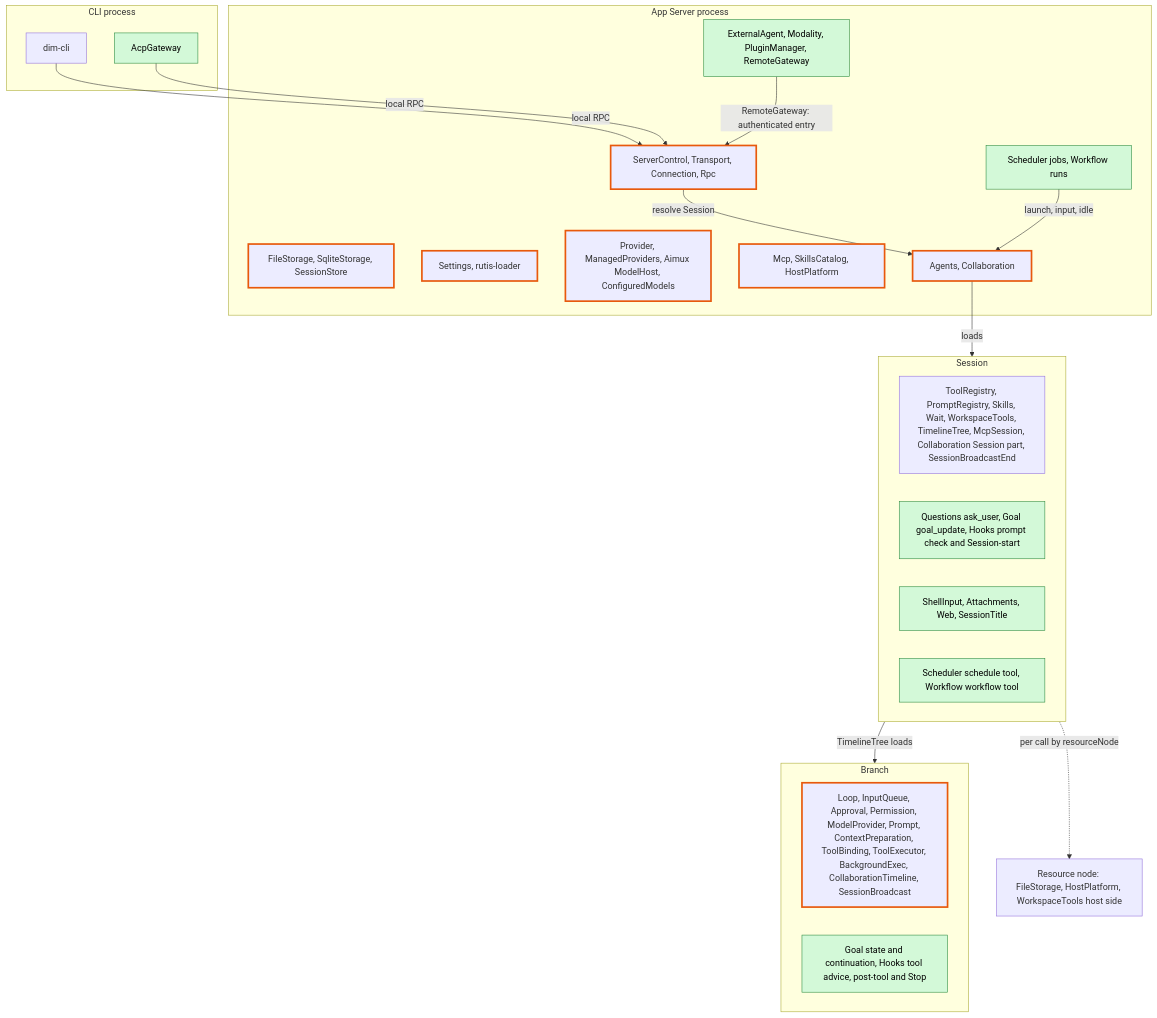
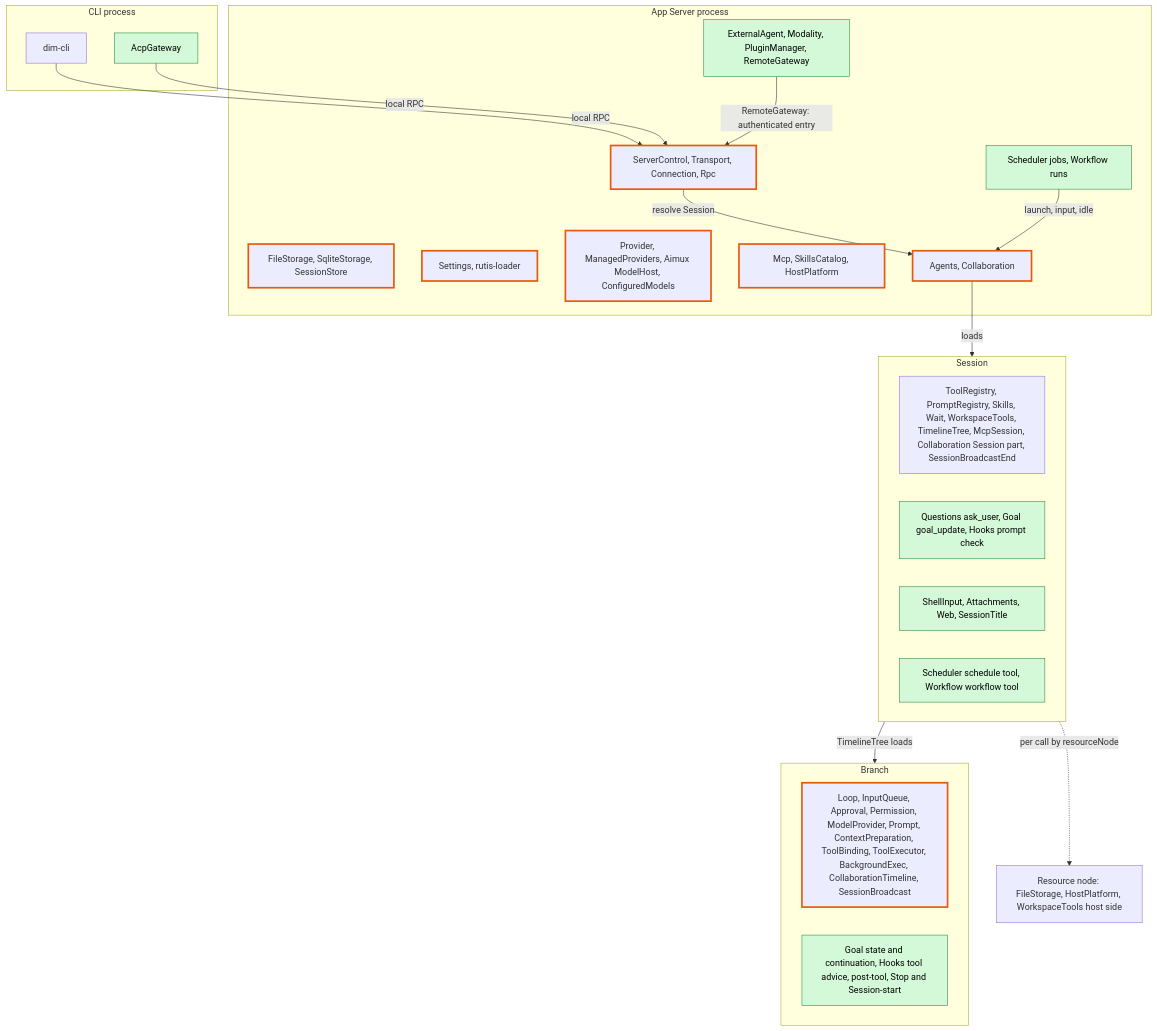
One commit to CoutinhoTTS/dim-agent changed the first of 8 diagrams in docs/design/overview.md. Above: the diagram before and after it, drawn with Mermaid. The commit also changed other lines of this file and 13 other files, not shown here.

````diff
--- a/docs/design/overview.md
+++ b/docs/design/overview.md
@@ -25,40 +25,40 @@
 ```mermaid
 flowchart TB
   classDef new fill:#d3f9d8,stroke:#2b8a3e,color:#000
   classDef changed stroke:#e8590c,stroke-width:3px
 
   subgraph CLIP["CLI process"]
     cli["dim-cli"]
     acp["AcpGateway"]:::new
   end
   subgraph PROC["App Server process"]
     entry["ServerControl, Transport, Connection, Rpc"]:::changed
     store["FileStorage, SqliteStorage, SessionStore"]:::changed
     cfg["Settings, rutis-loader"]:::changed
     models["Provider, ManagedProviders, Aimux ModelHost, ConfiguredModels"]:::changed
     cat["Mcp, SkillsCatalog, HostPlatform"]:::changed
     agents["Agents, Collaboration"]:::changed
     pnew["Scheduler jobs, Workflow runs"]:::new
     pext["ExternalAgent, Modality, PluginManager, RemoteGateway"]:::new
   end
   subgraph SES["Session"]
     sexist["ToolRegistry, PromptRegistry, Skills, Wait, WorkspaceTools, TimelineTree, McpSession, Collaboration Session part, SessionBroadcastEnd"]
-    snew1["Questions ask_user, Goal goal_update, Hooks prompt check and Session-start"]:::new
+    snew1["Questions ask_user, Goal goal_update, Hooks prompt check"]:::new
     snew2["ShellInput, Attachments, Web, SessionTitle"]:::new
     snew3["Scheduler schedule tool, Workflow workflow tool"]:::new
   end
   subgraph BR["Branch"]
     bexist["Loop, InputQueue, Approval, Permission, ModelProvider, Prompt, ContextPreparation, ToolBinding, ToolExecutor, BackgroundExec, CollaborationTimeline, SessionBroadcast"]:::changed
-    bnew["Goal state and continuation, Hooks tool advice, post-tool and Stop"]:::new
+    bnew["Goal state and continuation, Hooks tool advice, post-tool, Stop and Session-start"]:::new
   end
   rn["Resource node: FileStorage, HostPlatform, WorkspaceTools host side"]
 
   cli -->|"local RPC"| entry
   acp -->|"local RPC"| entry
   pext -->|"RemoteGateway: authenticated entry"| entry
   entry -->|"resolve Session"| agents
   agents -->|"loads"| SES
   SES -->|"TimelineTree loads"| BR
   pnew -->|"launch, input, idle"| agents
   SES -.->|"per call by resourceNode"| rn
 ```
````
